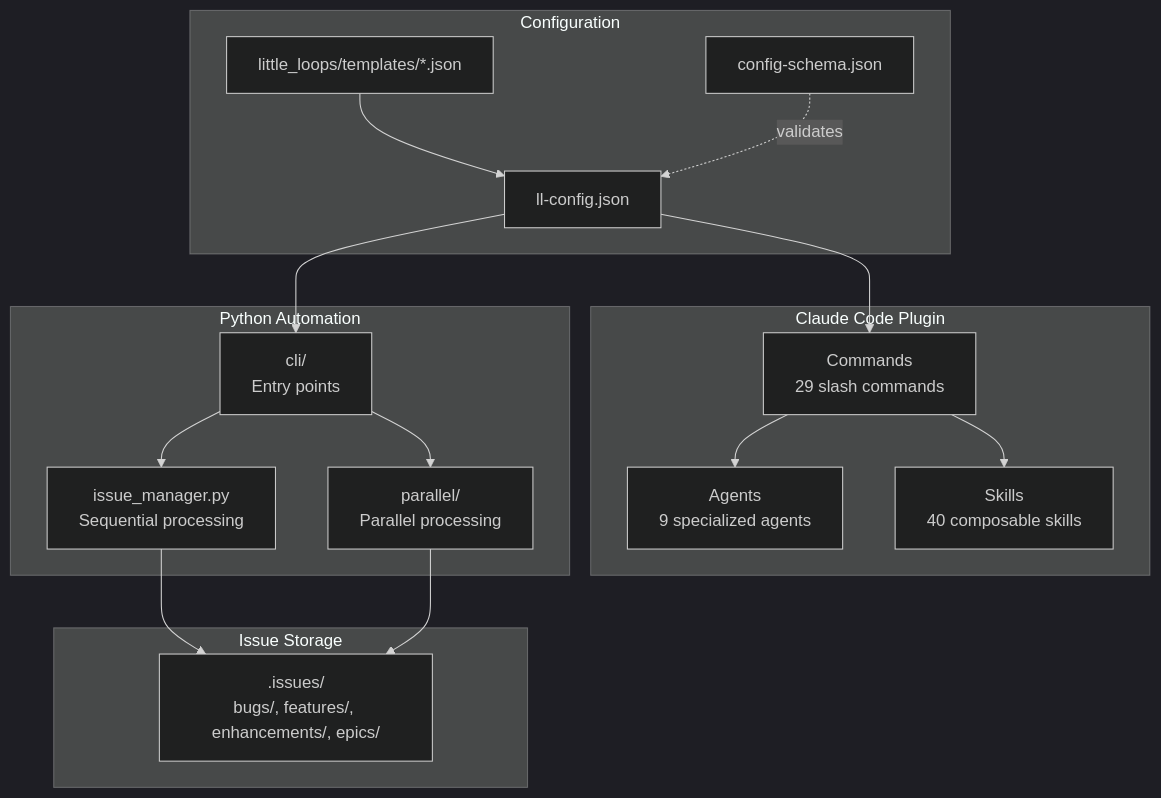
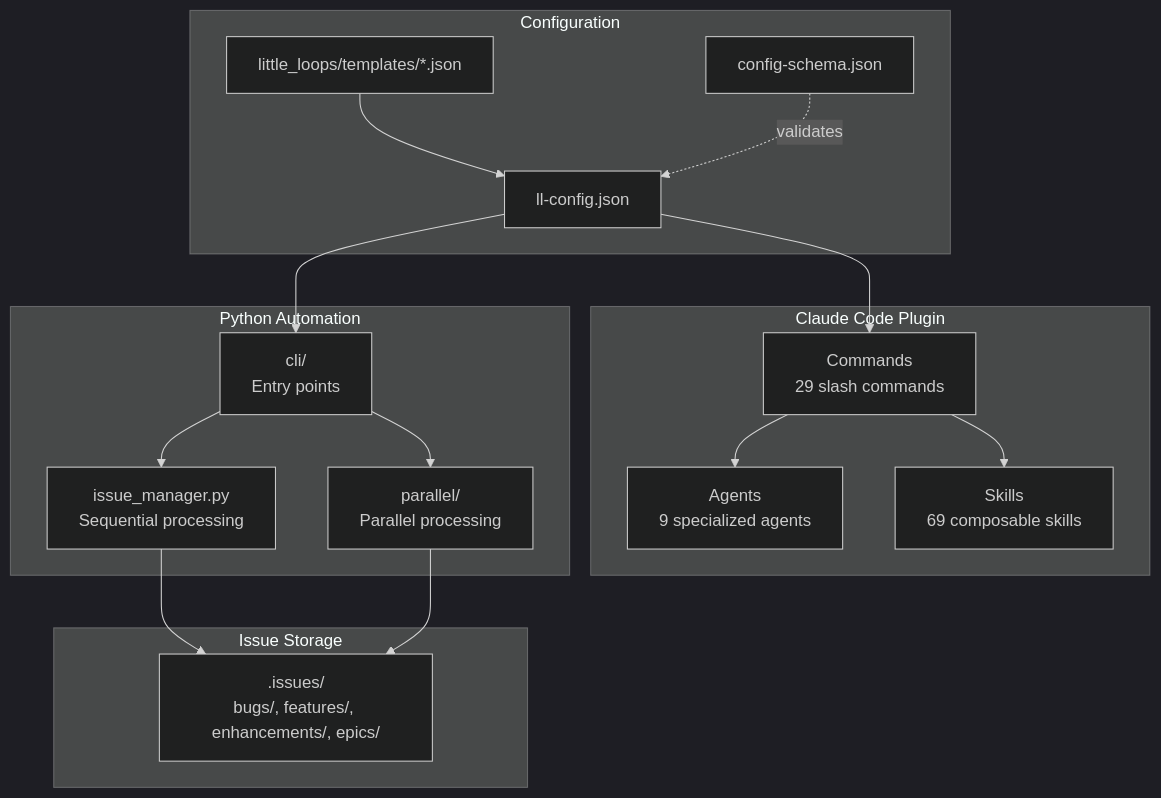
The first of 17 diagrams in docs/ARCHITECTURE.md (BrennonTWilliams/little-loops), drawn with Mermaid (dark theme) before and after one commit. The commit also changed other lines of this file and 11 other files, not shown here.

````diff
--- a/docs/ARCHITECTURE.md
+++ b/docs/ARCHITECTURE.md
@@ -21,35 +21,35 @@
 ```mermaid
 flowchart TB
     subgraph "Claude Code Plugin"
         CMD[Commands<br/>29 slash commands]
         AGT[Agents<br/>9 specialized agents]
-        SKL[Skills<br/>40 composable skills]
+        SKL[Skills<br/>69 composable skills]
     end
 
     subgraph "Configuration"
         CFG[ll-config.json]
         SCHEMA[config-schema.json]
         TPL[little_loops/templates/*.json]
     end
 
     subgraph "Python Automation"
         CLI[cli/<br/>Entry points]
         AUTO[issue_manager.py<br/>Sequential processing]
         PARALLEL[parallel/<br/>Parallel processing]
     end
 
     subgraph "Issue Storage"
         ISSUES[.issues/<br/>bugs/, features/, enhancements/, epics/]
     end
 
     CFG --> CMD
     TPL --> CFG
     SCHEMA -.->|validates| CFG
     CFG --> CLI
     CMD --> AGT
     CMD --> SKL
     CLI --> AUTO
     CLI --> PARALLEL
     AUTO --> ISSUES
     PARALLEL --> ISSUES
 ```
````
